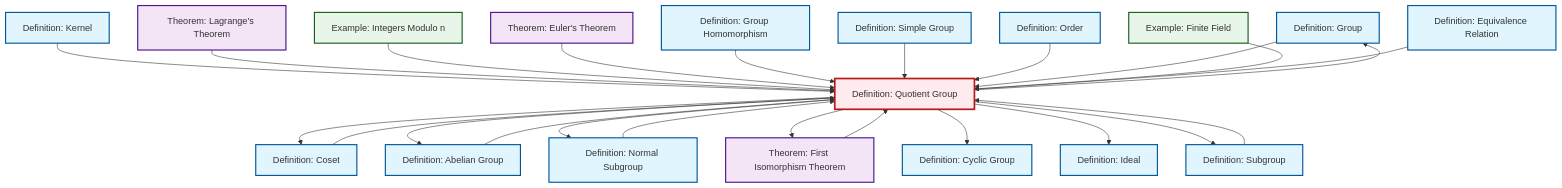
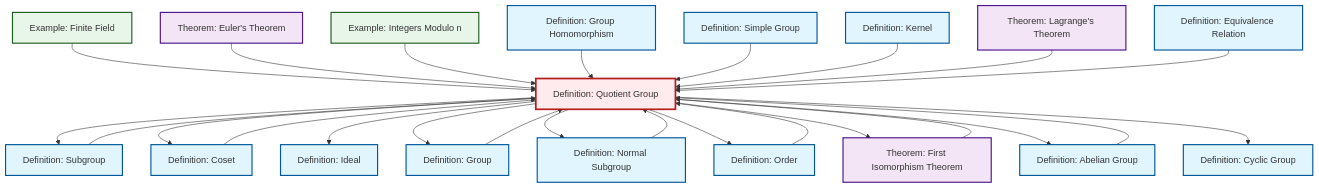
The diagram in content/en/algebra/def-quotient-group.qmd (RK0429/ModernMath), drawn with Mermaid before and after one commit. The commit also changed other lines of this file and 581 other files, not shown here.

````diff
--- a/content/en/algebra/def-quotient-group.qmd
+++ b/content/en/algebra/def-quotient-group.qmd
@@ -147,68 +147,69 @@
 ```{mermaid}
 %%| fig-cap: "Local dependency graph"
 graph TD
     classDef definition fill:#e1f5fe,stroke:#01579b,stroke-width:2px
     classDef theorem fill:#f3e5f5,stroke:#4a148c,stroke-width:2px
     classDef axiom fill:#fff3e0,stroke:#e65100,stroke-width:2px
     classDef example fill:#e8f5e9,stroke:#1b5e20,stroke-width:2px
     classDef current fill:#ffebee,stroke:#b71c1c,stroke-width:3px
+    def-simple-group["Definition: Simple Group"]:::definition
+    def-subgroup["Definition: Subgroup"]:::definition
+    def-order["Definition: Order"]:::definition
+    ex-finite-field["Example: Finite Field"]:::example
+    def-equivalence-relation["Definition: Equivalence Relation"]:::definition
+    def-quotient-group["Definition: Quotient Group"]:::definition
     def-ideal["Definition: Ideal"]:::definition
-    def-group["Definition: Group"]:::definition
-    ex-quotient-integers-mod-n["Example: Integers Modulo n"]:::example
-    def-homomorphism["Definition: Group Homomorphism"]:::definition
+    thm-lagrange["Theorem: Lagrange's Theorem"]:::theorem
+    def-abelian-group["Definition: Abelian Group"]:::definition
     def-coset["Definition: Coset"]:::definition
     def-cyclic-group["Definition: Cyclic Group"]:::definition
+    def-kernel["Definition: Kernel"]:::definition
+    def-homomorphism["Definition: Group Homomorphism"]:::definition
+    thm-euler["Theorem: Euler's Theorem"]:::theorem
+    def-group["Definition: Group"]:::definition
     thm-first-isomorphism["Theorem: First Isomorphism Theorem"]:::theorem
-    def-equivalence-relation["Definition: Equivalence Relation"]:::definition
-    def-quotient-group["Definition: Quotient Group"]:::definition
-    thm-euler["Theorem: Euler's Theorem"]:::theorem
-    def-subgroup["Definition: Subgroup"]:::definition
-    thm-lagrange["Theorem: Lagrange's Theorem"]:::theorem
-    def-order["Definition: Order"]:::definition
-    def-simple-group["Definition: Simple Group"]:::definition
-    def-kernel["Definition: Kernel"]:::definition
-    def-abelian-group["Definition: Abelian Group"]:::definition
-    ex-finite-field["Example: Finite Field"]:::example
     def-normal-subgroup["Definition: Normal Subgroup"]:::definition
+    ex-quotient-integers-mod-n["Example: Integers Modulo n"]:::example
+    def-subgroup --> def-quotient-group
+    def-quotient-group --> def-subgroup
+    thm-first-isomorphism --> def-quotient-group
+    ex-finite-field --> def-quotient-group
     def-quotient-group --> def-coset
-    def-quotient-group --> def-abelian-group
+    def-quotient-group --> def-ideal
+    def-quotient-group --> def-group
+    thm-euler --> def-quotient-group
+    def-coset --> def-quotient-group
+    def-abelian-group --> def-quotient-group
+    def-group --> def-quotient-group
+    ex-quotient-integers-mod-n --> def-quotient-group
+    def-quotient-group --> def-normal-subgroup
+    def-quotient-group --> def-order
+    def-homomorphism --> def-quotient-group
+    def-simple-group --> def-quotient-group
     def-kernel --> def-quotient-group
-    def-subgroup --> def-quotient-group
-    def-quotient-group --> def-normal-subgroup
+    def-order --> def-quotient-group
     thm-lagrange --> def-quotient-group
     def-quotient-group --> thm-first-isomorphism
-    ex-quotient-integers-mod-n --> def-quotient-group
-    thm-euler --> def-quotient-group
-    def-homomorphism --> def-quotient-group
+    def-equivalence-relation --> def-quotient-group
+    def-quotient-group --> def-abelian-group
     def-normal-subgroup --> def-quotient-group
-    def-simple-group --> def-quotient-group
-    def-order --> def-quotient-group
-    def-group --> def-quotient-group
-    ex-finite-field --> def-quotient-group
-    def-coset --> def-quotient-group
     def-quotient-group --> def-cyclic-group
-    def-equivalence-relation --> def-quotient-group
-    def-quotient-group --> def-ideal
-    def-abelian-group --> def-quotient-group
-    def-quotient-group --> def-group
-    def-quotient-group --> def-subgroup
-    thm-first-isomorphism --> def-quotient-group
     class def-quotient-group current
+    click def-simple-group "def-simple-group.html" "Go to Simple Group definition"
+    click def-subgroup "def-subgroup.html" "Go to Subgroup definition"
+    click def-order "def-order.html" "Go to Order definition"
+    click ex-finite-field "ex-finite-field.html" "Go to Finite Field example"
+    click def-equivalence-relation "def-equivalence-relation.html" "Go to Equivalence Relation definition"
     click def-ideal "def-ideal.html" "Go to Ideal definition"
-    click def-group "def-group.html" "Go to Group definition"
-    click ex-quotient-integers-mod-n "ex-quotient-integers-mod-n.html" "Go to Integers Modulo n example"
-    click def-homomorphism "def-homomorphism.html" "Go to Group Homomorphism definition"
+    click thm-lagrange "thm-lagrange.html" "Go to Lagrange's Theorem theorem"
+    click def-abelian-group "def-abelian-group.html" "Go to Abelian Group definition"
     click def-coset "def-coset.html" "Go to Coset definition"
     click def-cyclic-group "def-cyclic-group.html" "Go to Cyclic Group definition"
+    click def-kernel "def-kernel.html" "Go to Kernel definition"
+    click def-homomorphism "def-homomorphism.html" "Go to Group Homomorphism definition"
+    click thm-euler "thm-euler.html" "Go to Euler's Theorem theorem"
+    click def-group "def-group.html" "Go to Group definition"
     click thm-first-isomorphism "thm-first-isomorphism.html" "Go to First Isomorphism Theorem theorem"
-    click def-equivalence-relation "def-equivalence-relation.html" "Go to Equivalence Relation definition"
-    click thm-euler "thm-euler.html" "Go to Euler's Theorem theorem"
-    click def-subgroup "def-subgroup.html" "Go to Subgroup definition"
-    click thm-lagrange "thm-lagrange.html" "Go to Lagrange's Theorem theorem"
-    click def-order "def-order.html" "Go to Order definition"
-    click def-simple-group "def-simple-group.html" "Go to Simple Group definition"
-    click def-kernel "def-kernel.html" "Go to Kernel definition"
-    click def-abelian-group "def-abelian-group.html" "Go to Abelian Group definition"
-    click ex-finite-field "ex-finite-field.html" "Go to Finite Field example"
     click def-normal-subgroup "def-normal-subgroup.html" "Go to Normal Subgroup definition"
+    click ex-quotient-integers-mod-n "ex-quotient-integers-mod-n.html" "Go to Integers Modulo n example"
 ```
````
